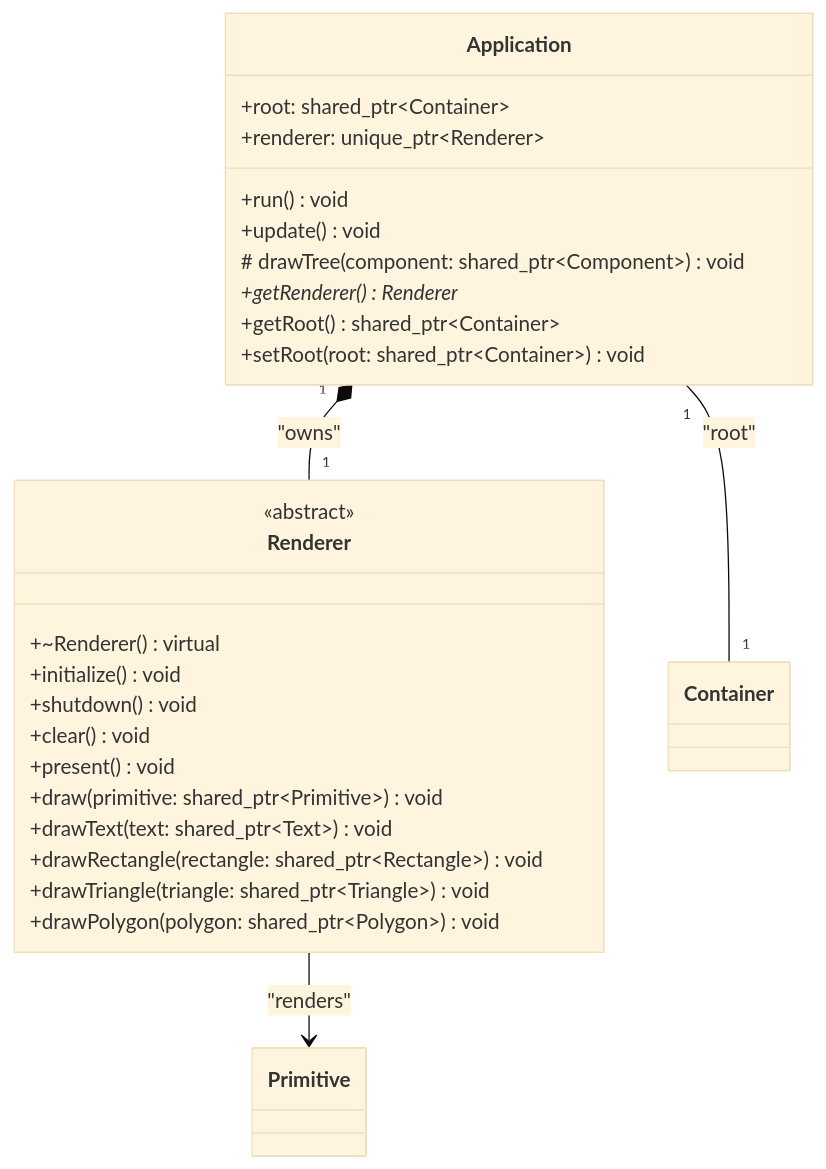
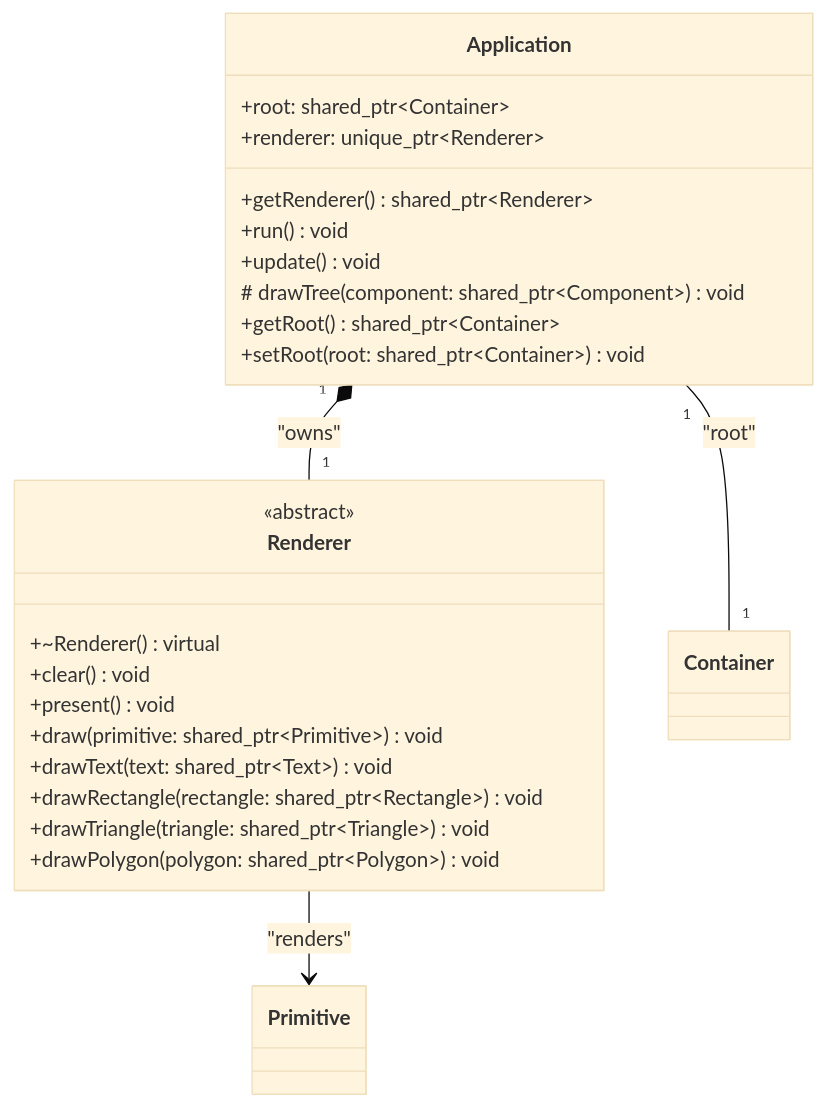
Before and after one commit to etib-corp/guillaume: the fifth of 6 diagrams in documentations/ARCHITECTURE.md, drawn with Mermaid (base theme). The commit also changed 5 other files, not shown here.

````diff
--- a/documentations/ARCHITECTURE.md
+++ b/documentations/ARCHITECTURE.md
@@ -187,34 +187,32 @@
 ```mermaid
 classDiagram
   class Application {
     +root: shared_ptr~Container~
     +renderer: unique_ptr~Renderer~
+		+getRenderer() shared_ptr~Renderer~
     +run() void
     +update() void
     # drawTree(component: shared_ptr~Component~) void
-    +getRenderer() Renderer*
     +getRoot() shared_ptr~Container~
     +setRoot(root: shared_ptr~Container~) void
   }
 
   class Renderer {
     <<abstract>>
     +~Renderer() virtual
-    +initialize() void
-    +shutdown() void
     +clear() void
     +present() void
     +draw(primitive: shared_ptr~Primitive~) void
     +drawText(text: shared_ptr~Text~) void
     +drawRectangle(rectangle: shared_ptr~Rectangle~) void
     +drawTriangle(triangle: shared_ptr~Triangle~) void
     +drawPolygon(polygon: shared_ptr~Polygon~) void
   }
 
   class Container {
   }
 
   Application "1" -- "1" Container : "root"
   Application "1" *-- "1" Renderer : "owns"
   Renderer --> Primitive : "renders"
 ```
````
